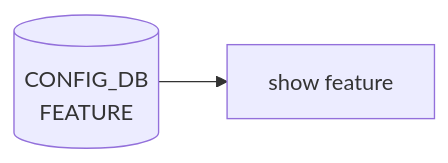
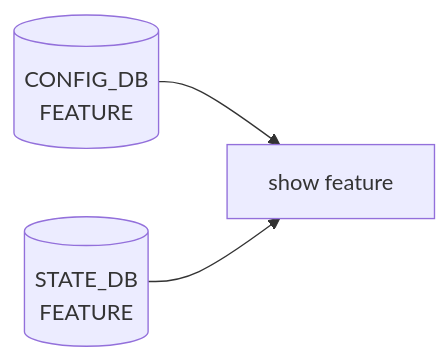
The diagram in docs/reference/cli/show-feature.md (aoki-taquan/sonic-unofficial-docs), drawn with Mermaid before and after one commit. The commit also changed other lines of this file and 2 other files, not shown here.

First line of the commit message:
review(batch-059): fix show-buffer usage, show-clock ref-triangle, show-feature mermaid/sibling

````diff
--- a/docs/reference/cli/show-feature.md
+++ b/docs/reference/cli/show-feature.md
@@ -82,6 +82,8 @@
 ```mermaid
 flowchart LR
   CLI["show feature"]
   CDB0[("CONFIG_DB<br/>FEATURE")]
+  SDB[("STATE_DB<br/>FEATURE")]
   CDB0 --> CLI
+  SDB --> CLI
 ```
````
